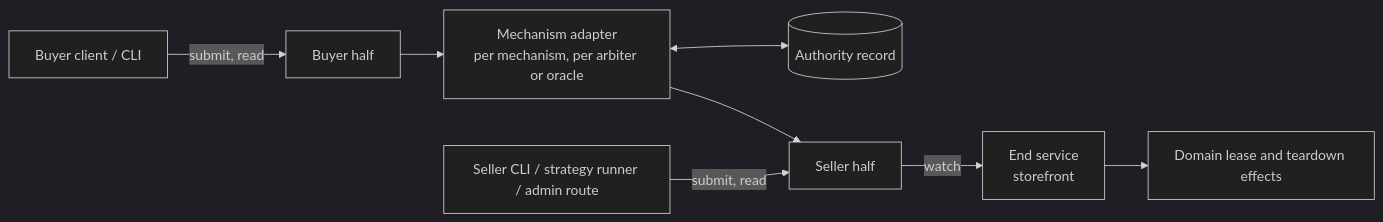
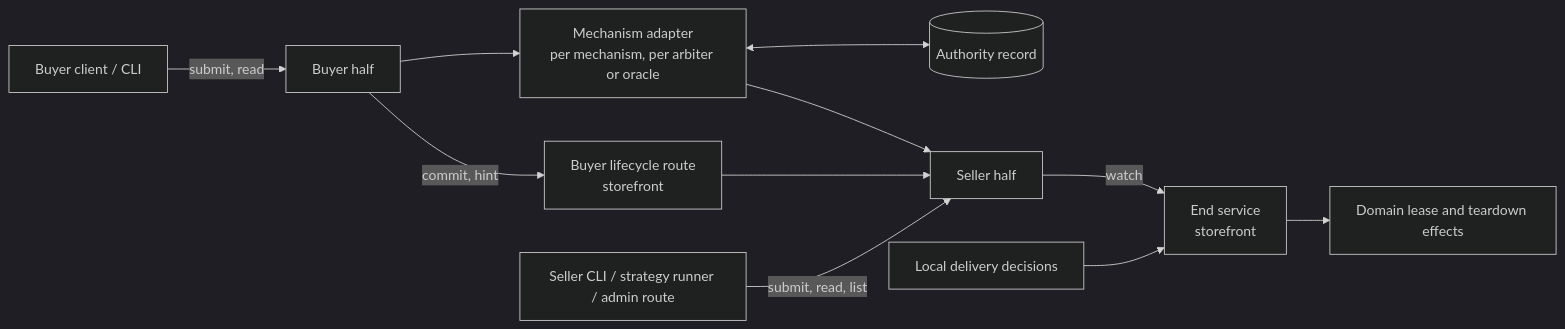
The first of 2 diagrams in openspec/changes/agreed-evidence-and-early-termination/design.md (arkhai-io/simple-compute-market), drawn with Mermaid (dark theme) before and after one commit. The commit also changed other lines of this file and 5 other files, not shown here.

````diff
--- a/openspec/changes/agreed-evidence-and-early-termination/design.md
+++ b/openspec/changes/agreed-evidence-and-early-termination/design.md
@@ -91,10 +112,13 @@
 ```mermaid
 flowchart LR
     BC[Buyer client / CLI] -->|submit, read| BH[Buyer half]
     BH --> AD[Mechanism adapter<br/>per mechanism, per arbiter or oracle]
+    BH -->|commit, hint| LR[Buyer lifecycle route<br/>storefront]
     AD <--> AU[(Authority record)]
     AD --> SH[Seller half]
     SH -->|watch| ES[End service<br/>storefront]
-    SC[Seller CLI / strategy runner / admin route] -->|submit, read| SH
+    LR --> SH
+    SC[Seller CLI / strategy runner / admin route] -->|submit, read, list| SH
+    LD[Local delivery decisions] --> ES
     ES --> DP[Domain lease and teardown effects]
 ```
````
